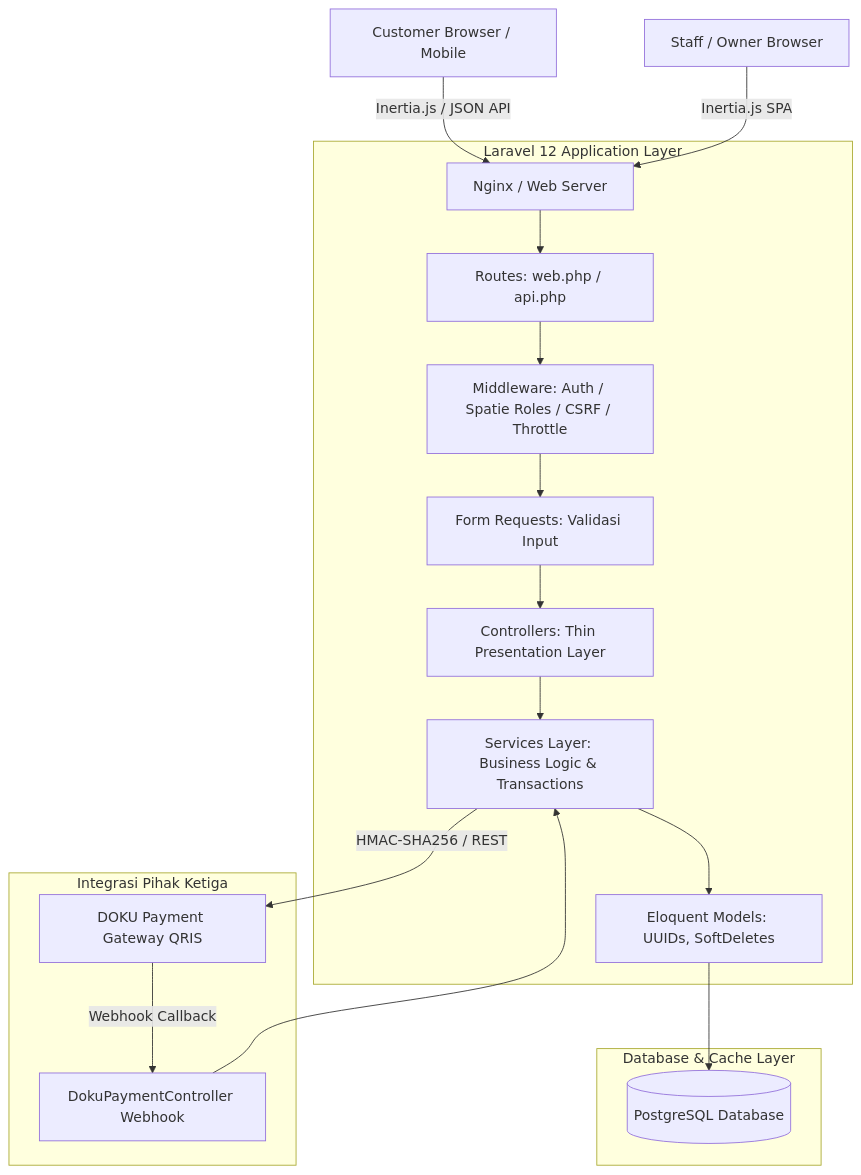
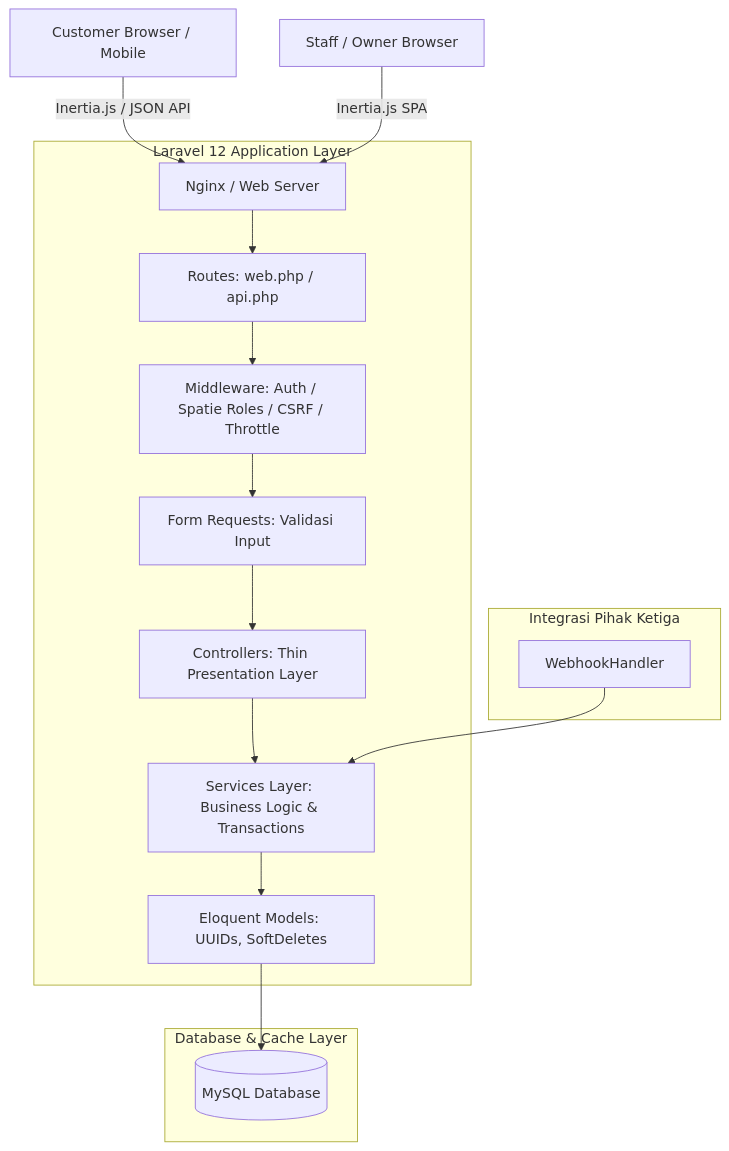
Before and after one commit to nabielnx/Motorku: the first of 4 diagrams in SYSTEM_FLOW.md, drawn with Mermaid. The commit also changed other lines of this file and 4 other files, not shown here.

Commit message:
docs: describe manual QRIS flow and remove obsolete QR package

````diff
--- a/SYSTEM_FLOW.md
+++ b/SYSTEM_FLOW.md
@@ -29,24 +29,22 @@
 ```mermaid
 graph TD
     ClientCustomer[Customer Browser / Mobile] -->|Inertia.js / JSON API| WebServer[Nginx / Web Server]
     ClientStaff[Staff / Owner Browser] -->|Inertia.js SPA| WebServer
     
     subgraph Backend [Laravel 12 Application Layer]
         WebServer --> Routing[Routes: web.php / api.php]
         Routing --> Middleware[Middleware: Auth / Spatie Roles / CSRF / Throttle]
         Middleware --> FormRequests[Form Requests: Validasi Input]
         FormRequests --> Controllers[Controllers: Thin Presentation Layer]
         Controllers --> Services[Services Layer: Business Logic & Transactions]
         Services --> Eloquent[Eloquent Models: UUIDs, SoftDeletes]
     end
     
     subgraph DataStore [Database & Cache Layer]
-        Eloquent --> PostgreSQL[(PostgreSQL Database)]
+        Eloquent --> MySQL[(MySQL Database)]
     end
     
     subgraph ThirdParty [Integrasi Pihak Ketiga]
-        Services -->|HMAC-SHA256 / REST| DOKU[DOKU Payment Gateway QRIS]
-        DOKU -->|Webhook Callback| WebhookHandler[DokuPaymentController Webhook]
         WebhookHandler --> Services
     end
 ```
````
